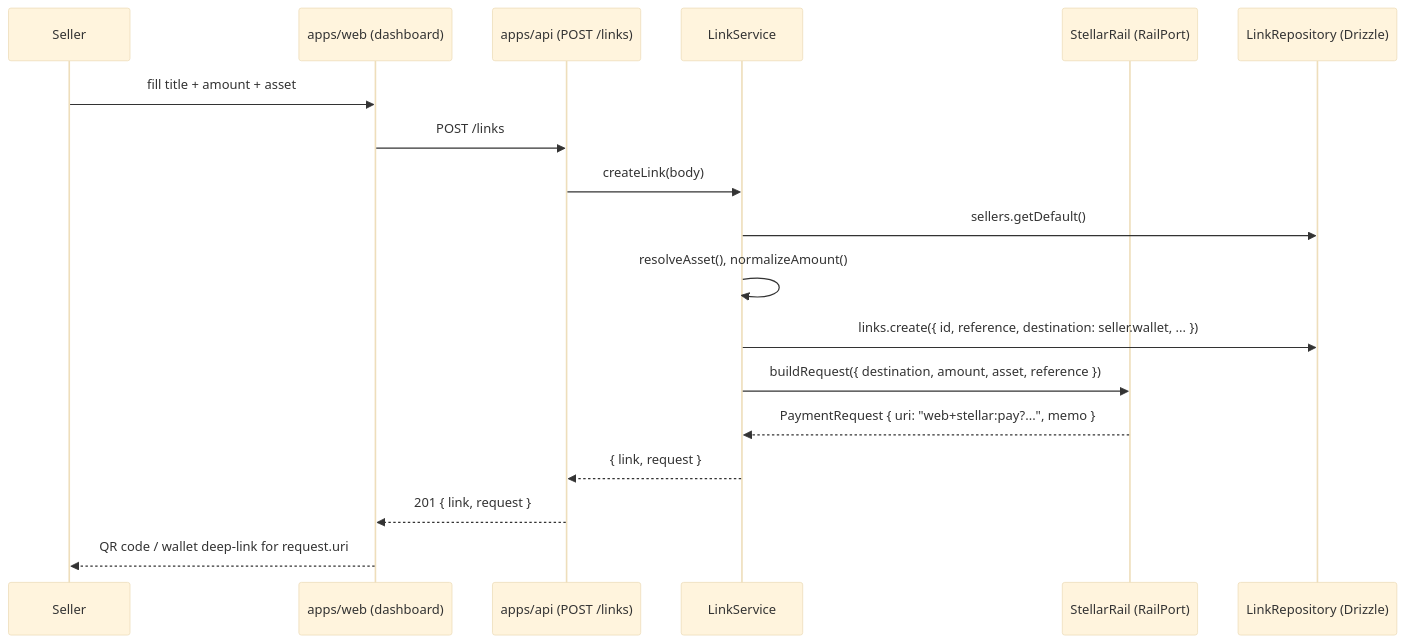
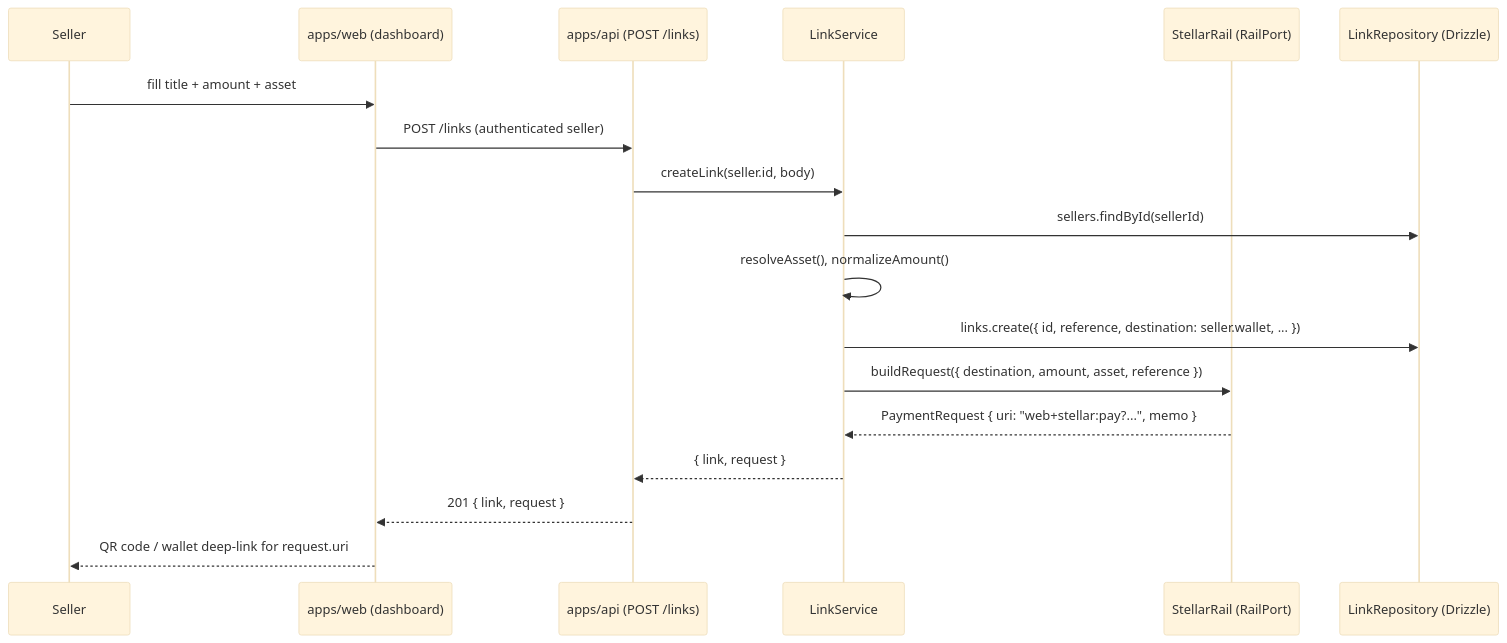
The second of 6 diagrams in docs/ARCHITECTURE.md (determined-001/Quay), drawn with Mermaid (base theme) before and after one commit. The commit also changed other lines of this file and 259 other files, not shown here.

````diff
--- a/docs/ARCHITECTURE.md
+++ b/docs/ARCHITECTURE.md
@@ -102,21 +109,21 @@
 ```mermaid
 sequenceDiagram
   participant Seller
   participant Web as apps/web (dashboard)
   participant API as apps/api (POST /links)
   participant LS as LinkService
   participant Rail as StellarRail (RailPort)
   participant DB as LinkRepository (Drizzle)
 
   Seller->>Web: fill title + amount + asset
-  Web->>API: POST /links
-  API->>LS: createLink(body)
-  LS->>DB: sellers.getDefault()
+  Web->>API: POST /links (authenticated seller)
+  API->>LS: createLink(seller.id, body)
+  LS->>DB: sellers.findById(sellerId)
   LS->>LS: resolveAsset(), normalizeAmount()
   LS->>DB: links.create({ id, reference, destination: seller.wallet, ... })
   LS->>Rail: buildRequest({ destination, amount, asset, reference })
   Rail-->>LS: PaymentRequest { uri: "web+stellar:pay?...", memo }
   LS-->>API: { link, request }
   API-->>Web: 201 { link, request }
   Web-->>Seller: QR code / wallet deep-link for request.uri
 ```
````
